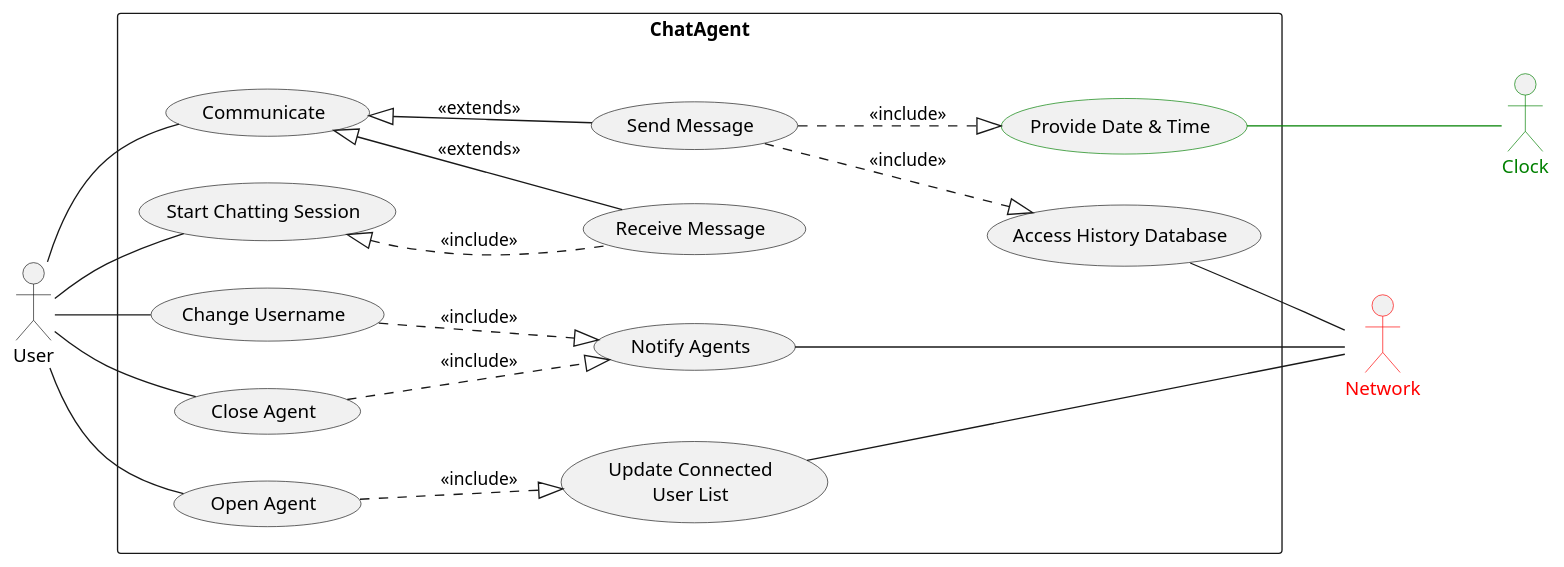
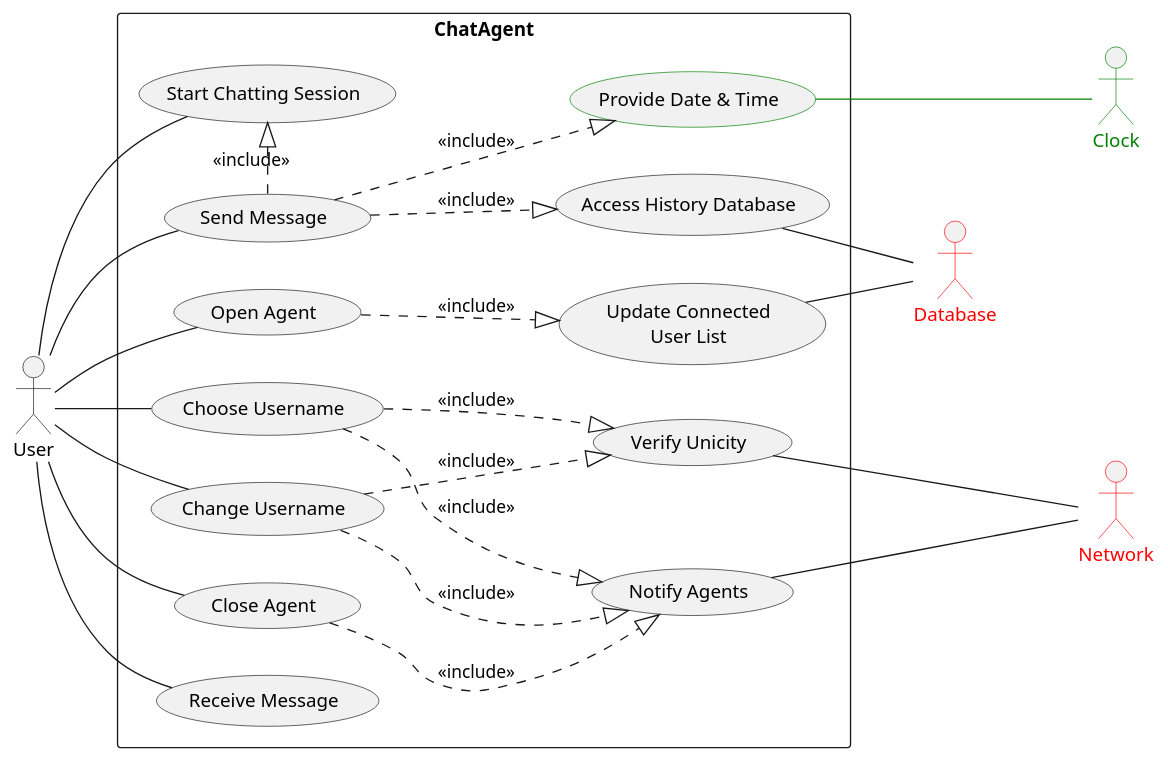
One commit to scanim-valentin/decentralized-chat-system changed the diagram in UMLPlant/usecase.wsd. Above: the diagram before and after it, drawn with PlantUML.

Commit message:
Updated User Case Diagram

```diff
--- a/UMLPlant/usecase.wsd
+++ b/UMLPlant/usecase.wsd
@@ -1,33 +1,39 @@
 @startuml usecase
 left to right direction
 :User: as user
     :Network: as network #line:red;text:red
+    :Database: as db #line:red;text:red
     :Clock: as clock #line:green;text:green
 rectangle ChatAgent{
- user--(Communicate)
+
  user--(Open Agent)
  user--(Close Agent)
  user--(Change Username)
+ user--(Choose Username)
  user--(Start Chatting Session)
 
 (Notify Agents)---network
-(Update Connected\nUser List)-network
-(Access History Database)--network
+(Verify Unicity)---network
+(Update Connected\nUser List)-db
+(Access History Database)--db
  
  (Provide Date & Time) #line:green
  (Provide Date & Time)---clock #green
 
- (Communicate)<|--(Send Message) : <<extends>>
- (Communicate)<|--(Receive Message) : <<extends>>
-
+ user--(Send Message)
+ user--(Receive Message)
  
- (Start Chatting Session)<|..(Receive Message) : <<include>>
  (Close Agent)..|>(Notify Agents) : <<include>>
 
+ (Start Chatting Session)<|.(Send Message) : <<include>>
  (Send Message)..|>(Access History Database) : <<include>>
  (Send Message)..|>(Provide Date & Time) : <<include>>
 
  (Open Agent)..|>(Update Connected\nUser List) : <<include>>
  (Change Username)..|>(Notify Agents) : <<include>>
+ (Choose Username)..|>(Notify Agents) : <<include>>
+ (Choose Username)..|>(Verify Unicity) : <<include>>
+ (Change Username)..|>(Verify Unicity) : <<include>>
+
 }
 @enduml
```
